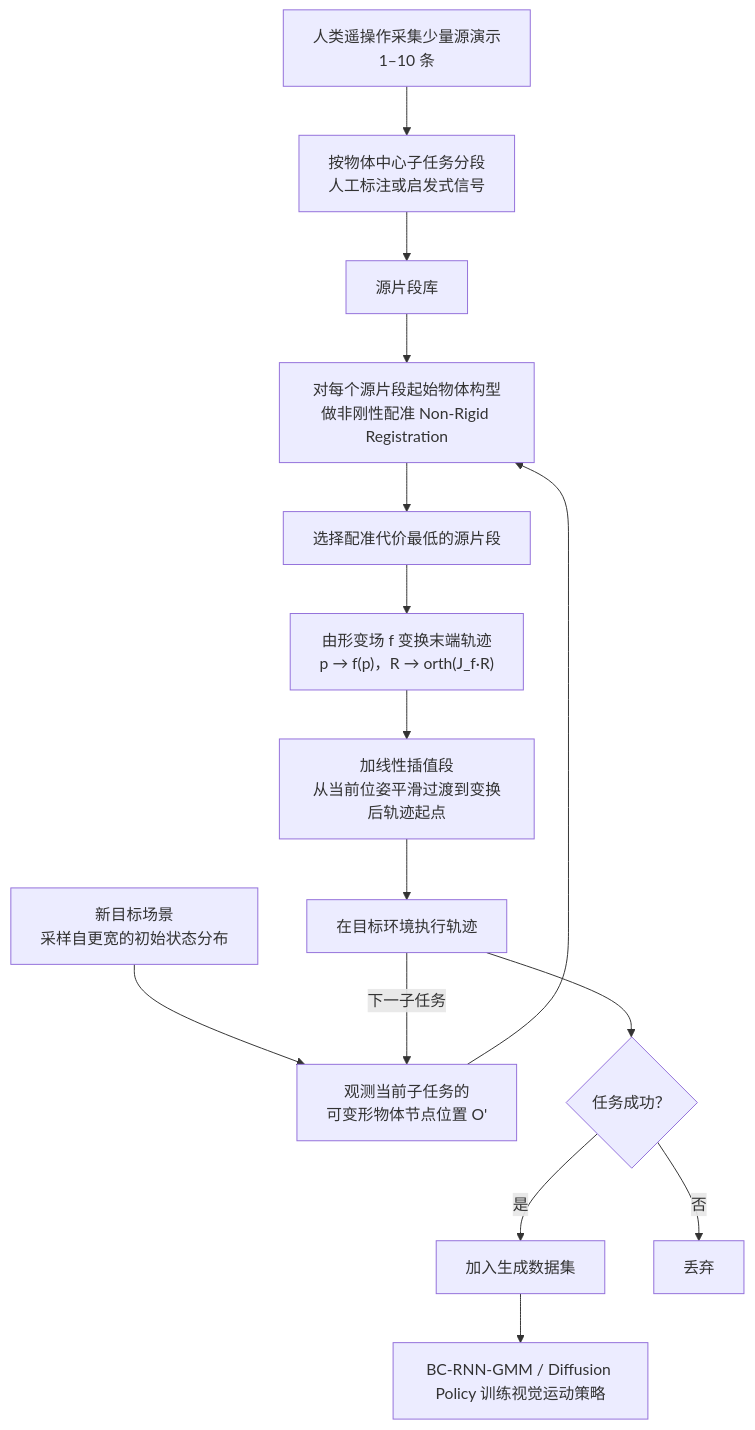
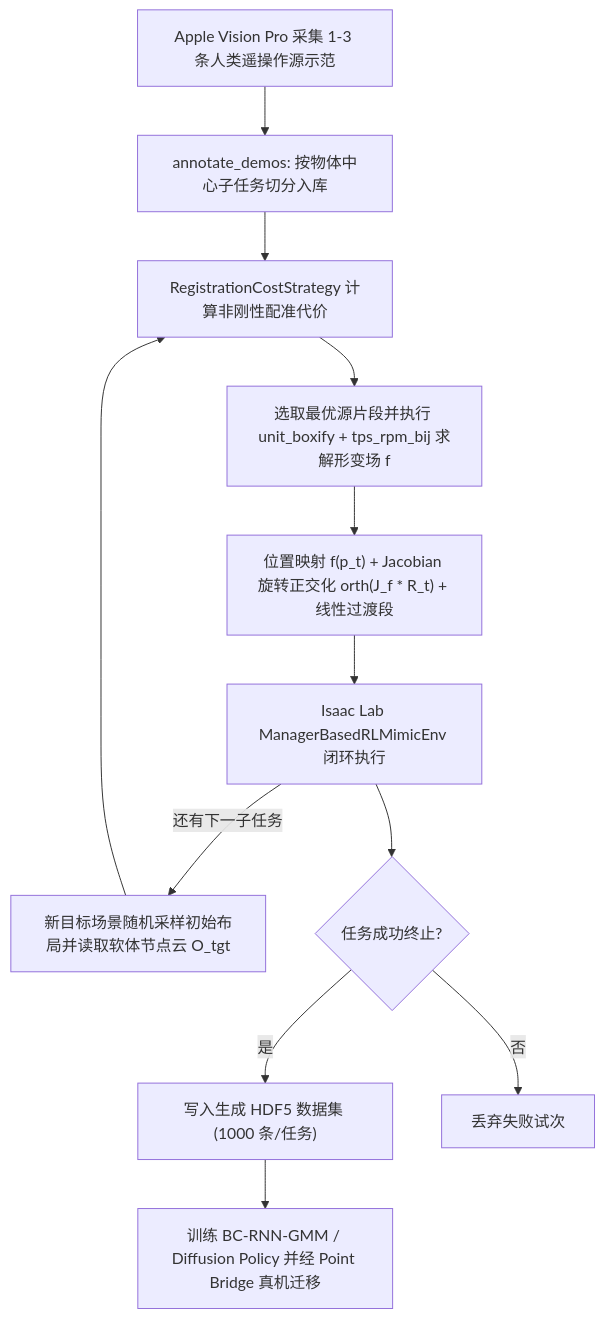
Before and after one commit to ImChong/Robotics_Notebooks: the first of 2 diagrams in wiki/entities/paper-softmimicgen.md, drawn with Mermaid. The commit also changed other lines of this file and 151 other files, not shown here.

````diff
--- a/wiki/entities/paper-softmimicgen.md
+++ b/wiki/entities/paper-softmimicgen.md
@@ -41,17 +78,14 @@
 ```mermaid
 flowchart TD
-    A["人类遥操作采集少量源演示<br/>1–10 条"] --> B["按物体中心子任务分段<br/>人工标注或启发式信号"]
-    B --> C["源片段库"]
-    D["新目标场景<br/>采样自更宽的初始状态分布"] --> E["观测当前子任务的<br/>可变形物体节点位置 O'"]
-    E --> F["对每个源片段起始物体构型<br/>做非刚性配准 Non-Rigid Registration"]
-    C --> F
-    F --> G["选择配准代价最低的源片段"]
-    G --> H["由形变场 f 变换末端轨迹<br/>p → f(p)，R → orth(J_f·R)"]
-    H --> I["加线性插值段<br/>从当前位姿平滑过渡到变换后轨迹起点"]
-    I --> J["在目标环境执行轨迹"]
-    J -->|"下一子任务"| E
-    J --> K{"任务成功？"}
-    K -->|是| L["加入生成数据集"]
-    K -->|否| M["丢弃"]
-    L --> N["BC-RNN-GMM / Diffusion Policy 训练视觉运动策略"]
+    A["Apple Vision Pro 采集 1-3 条人类遥操作源示范"] --> B["annotate_demos: 按物体中心子任务切分入库"]
+    C["新目标场景随机采样初始布局并读取软体节点云 O_tgt"] --> D["RegistrationCostStrategy 计算非刚性配准代价"]
+    B --> D
+    D --> E["选取最优源片段并执行 unit_boxify + tps_rpm_bij 求解形变场 f"]
+    E --> F["位置映射 f(p_t) + Jacobian 旋转正交化 orth(J_f * R_t) + 线性过渡段"]
+    F --> G["Isaac Lab ManagerBasedRLMimicEnv 闭环执行"]
+    G -->|"还有下一子任务"| C
+    G --> H{"任务成功终止?"}
+    H -->|"是"| I["写入生成 HDF5 数据集 (1000 条/任务)"]
+    H -->|"否"| J["丢弃失败试次"]
+    I --> K["训练 BC-RNN-GMM / Diffusion Policy 并经 Point Bridge 真机迁移"]
 ```
````
